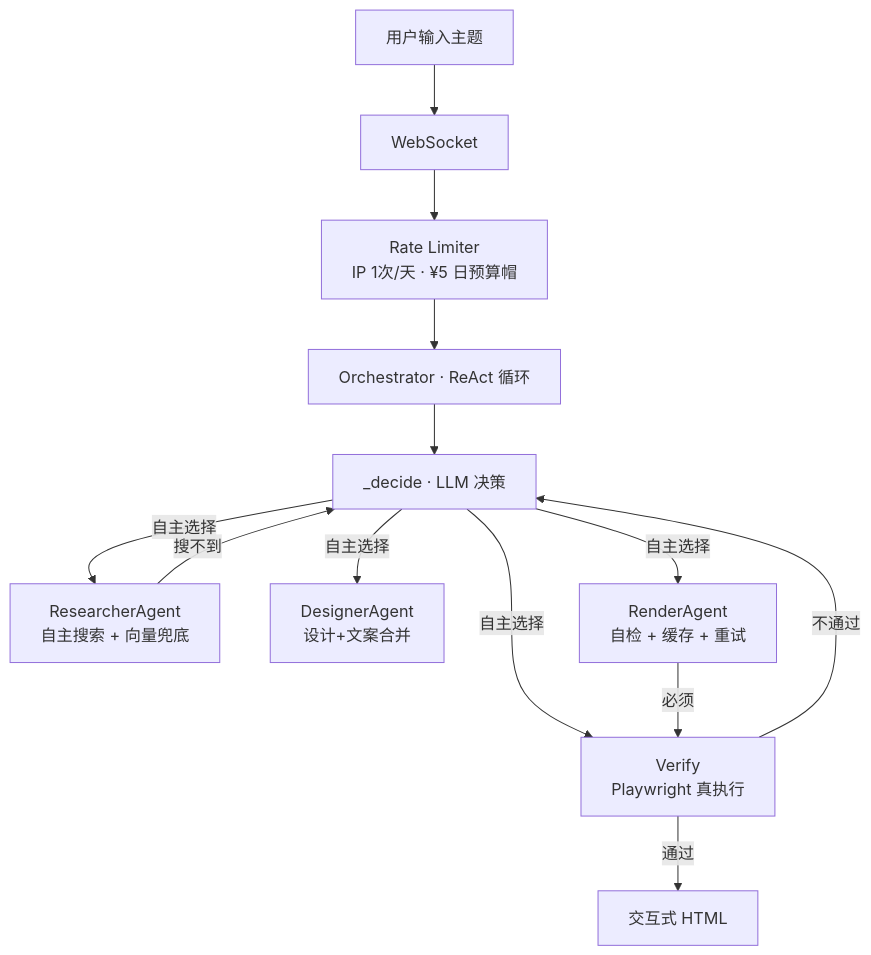
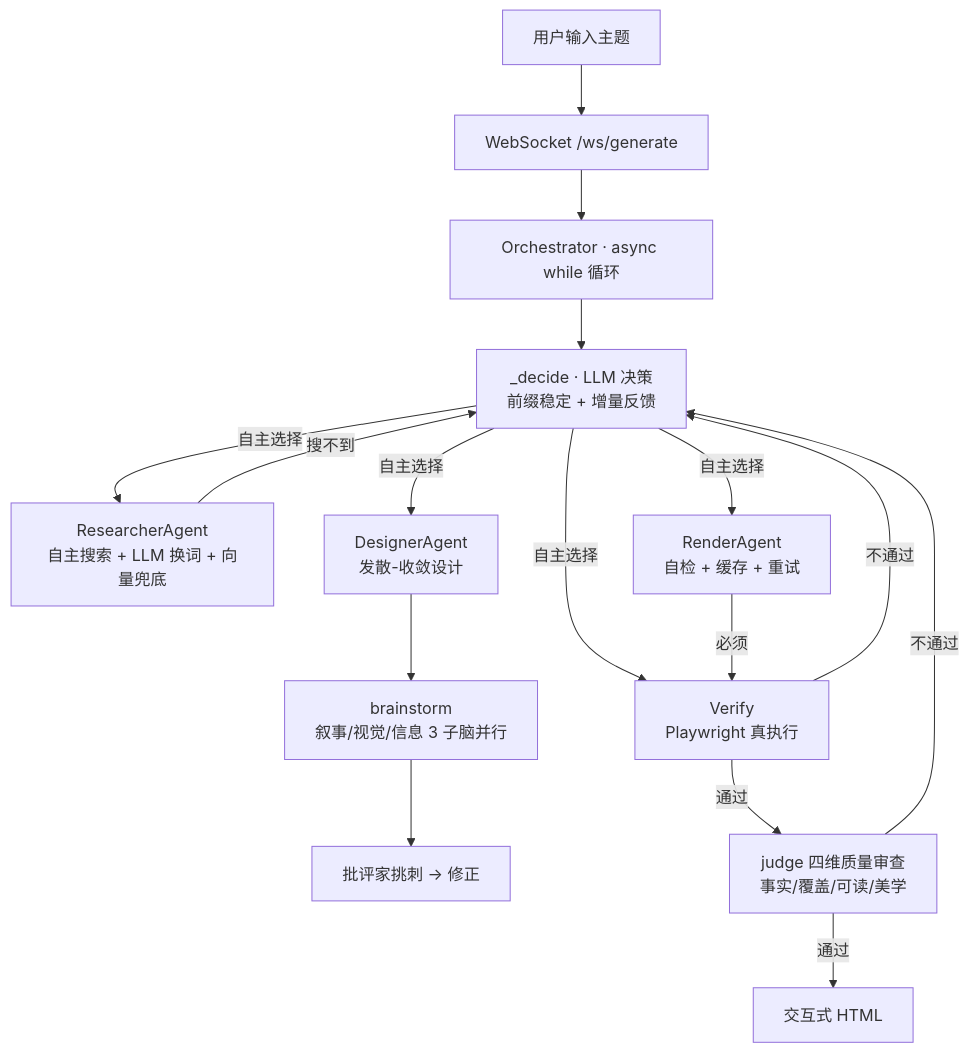
Before and after one commit to hfujw/ai-native-workflow: the diagram in README.md, drawn with Mermaid. The commit also changed other lines of this file and 1 other file, not shown here.

````diff
--- a/README.md
+++ b/README.md
@@ -40,15 +41,18 @@
 ```mermaid
 flowchart TD
-    U[用户输入主题] --> WS[WebSocket]
-    WS --> RL[Rate Limiter<br/>IP 1次/天 · ¥5 日预算帽]
-    RL --> O[Orchestrator · ReAct 循环]
-    O --> D[_decide · LLM 决策]
-    D -->|自主选择| S[ResearcherAgent<br/>自主搜索 + 向量兜底]
-    D -->|自主选择| DE[DesignerAgent<br/>设计+文案合并]
+    U[用户输入主题] --> WS[WebSocket /ws/generate]
+    WS --> O[Orchestrator · async while 循环]
+    O --> D[_decide · LLM 决策<br/>前缀稳定 + 增量反馈]
+    D -->|自主选择| S[ResearcherAgent<br/>自主搜索 + LLM 换词 + 向量兜底]
+    D -->|自主选择| DE[DesignerAgent<br/>发散-收敛设计]
+    DE --> B[brainstorm<br/>叙事/视觉/信息 3 子脑并行]
+    B --> C[批评家挑刺 → 修正]
     D -->|自主选择| R[RenderAgent<br/>自检 + 缓存 + 重试]
     D -->|自主选择| V[Verify<br/>Playwright 真执行]
-    V -->|通过| HTML[交互式 HTML]
+    V -->|通过| J[judge 四维质量审查<br/>事实/覆盖/可读/美学]
+    J -->|通过| HTML[交互式 HTML]
+    J -->|不通过| D
     V -->|不通过| D
     S -->|搜不到| D
     R -->|必须| V
 ```
````
